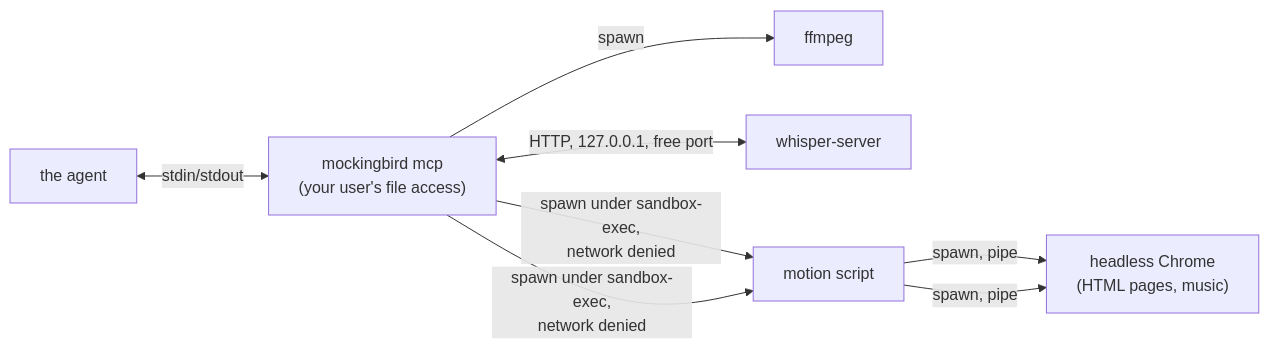
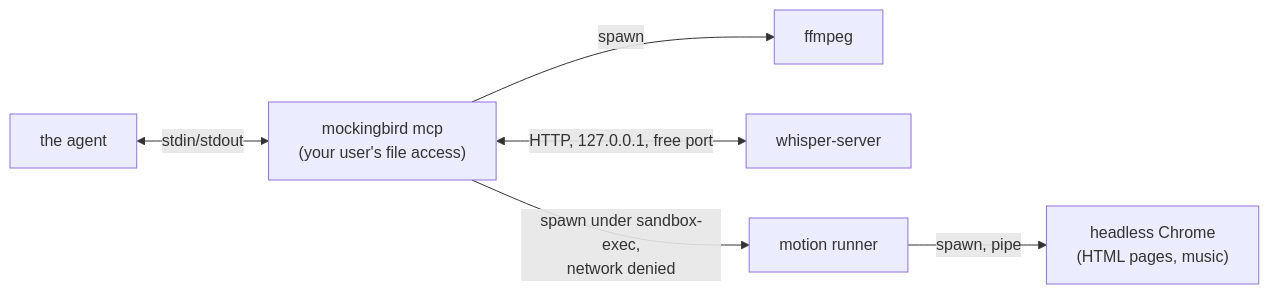
The diagram in docs/SECURITY_PRIVACY.md (NirjharBhattacharjee/mockingbird), drawn with Mermaid before and after one commit. The commit also changed other lines of this file and 7 other files, not shown here.

````diff
--- a/docs/SECURITY_PRIVACY.md
+++ b/docs/SECURITY_PRIVACY.md
@@ -132,10 +127,8 @@
 ```mermaid
 flowchart LR
     AG["the agent"] <-->|stdin/stdout| MCP["mockingbird mcp\n(your user's file access)"]
     MCP -->|spawn| FF["ffmpeg"]
     MCP <-->|HTTP, 127.0.0.1, free port| WS["whisper-server"]
     MCP -->|spawn under sandbox-exec,\nnetwork denied| MS["motion runner"]
-    MS -->|spawn, pipe| CH["headless Chrome\n(HTML pages)"]
-    MCP -->|spawn under sandbox-exec,\nnetwork denied| MS["motion script"]
     MS -->|spawn, pipe| CH["headless Chrome\n(HTML pages, music)"]
 ```
````
